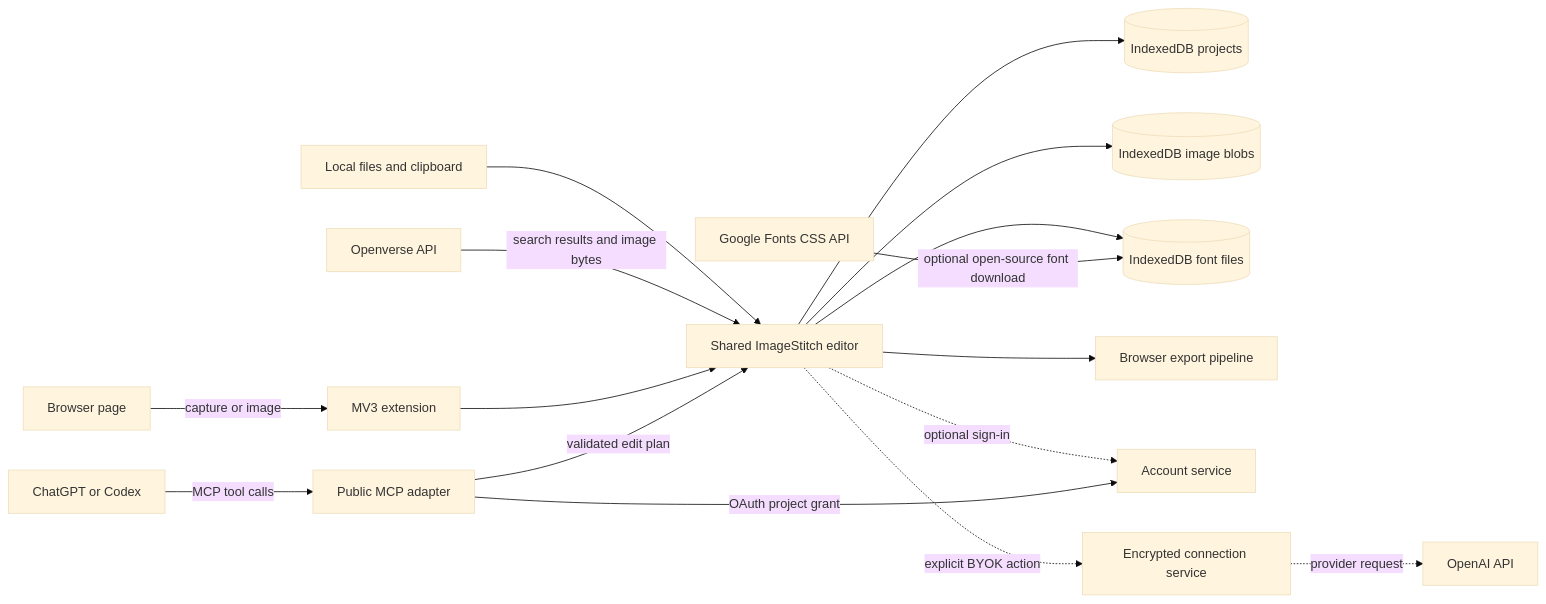
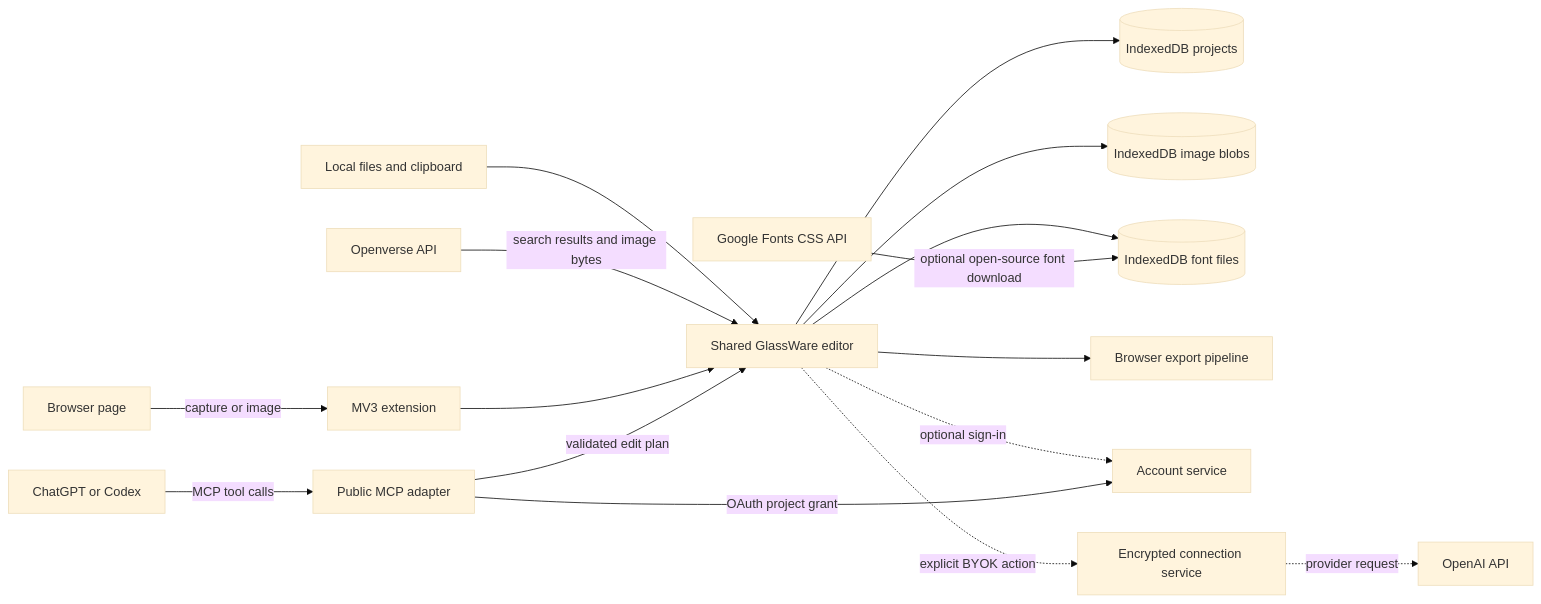
The first of 2 diagrams in docs/ARCHITECTURE.md (Wiplash-ai/image-stitch), drawn with Mermaid (base theme) before and after one commit. The commit also changed other lines of this file and 38 other files, not shown here.

Commit message:
Rename editor to GlassWare and add account entry points

````diff
--- a/docs/ARCHITECTURE.md
+++ b/docs/ARCHITECTURE.md
@@ -16,18 +16,18 @@
 ```mermaid
 flowchart LR
   Browser[Browser page] -->|capture or image| Extension[MV3 extension]
   Upload[Local files and clipboard] --> Editor
   Openverse[Openverse API] -->|search results and image bytes| Editor
-  Extension --> Editor[Shared ImageStitch editor]
+  Extension --> Editor[Shared GlassWare editor]
   Editor --> ProjectStore[(IndexedDB projects)]
   Editor --> AssetStore[(IndexedDB image blobs)]
   Editor --> FontStore[(IndexedDB font files)]
   GoogleFonts[Google Fonts CSS API] -->|optional open-source font download| FontStore
   Editor --> Exporter[Browser export pipeline]
   Editor -. optional sign-in .-> Identity[Account service]
   ChatGPT[ChatGPT or Codex] -->|MCP tool calls| MCP[Public MCP adapter]
   MCP -->|OAuth project grant| Identity
   MCP -->|validated edit plan| Editor
   Editor -. explicit BYOK action .-> Vault[Encrypted connection service]
   Vault -. provider request .-> OpenAI[OpenAI API]
 ```
````
